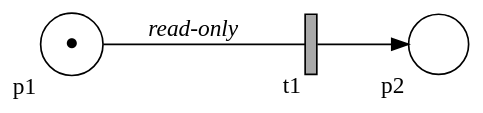
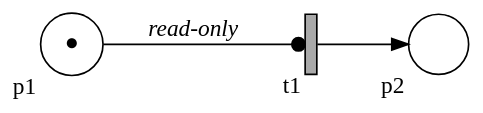
Diagram 11 of 20 in doc/index.org (johnstonskj/rust-ptnets), drawn with Graphviz before and after one commit. The commit also changed other lines of this file and 21 other files, not shown here.

```diff
--- a/doc/index.org
+++ b/doc/index.org
@@ -489,20 +489,20 @@
 #+BEGIN_SRC dot :file ptnet-graph-readonly.svg :exports results
 strict digraph {
     bgcolor="transparent";
     fontname="Helvetica Neue,Helvetica,Arial,sans-serif";
     nodesep=0.75;
     rankdir=LR;
     ranksep=0.75;
 
     // All place nodes.
     p1 [shape="circle"; label="●"; xlabel="p1"];
     p2 [shape="circle"; label=""; xlabel="p2"];
 
     // All transition nodes.
     t1 [shape="rectangle"; style="filled"; fillcolor="darkgrey"; height=0.5; width=0.1; label=""; xlabel="t1"];
 
     // All arcs.
-    p1 -> t1 [arrowhead="none"; label=<<I>read-only</I>>];
+    p1 -> t1 [arrowhead="dot"; label=<<I>read-only</I>>];
     t1 -> p2;
 }
 #+END_SRC
```
